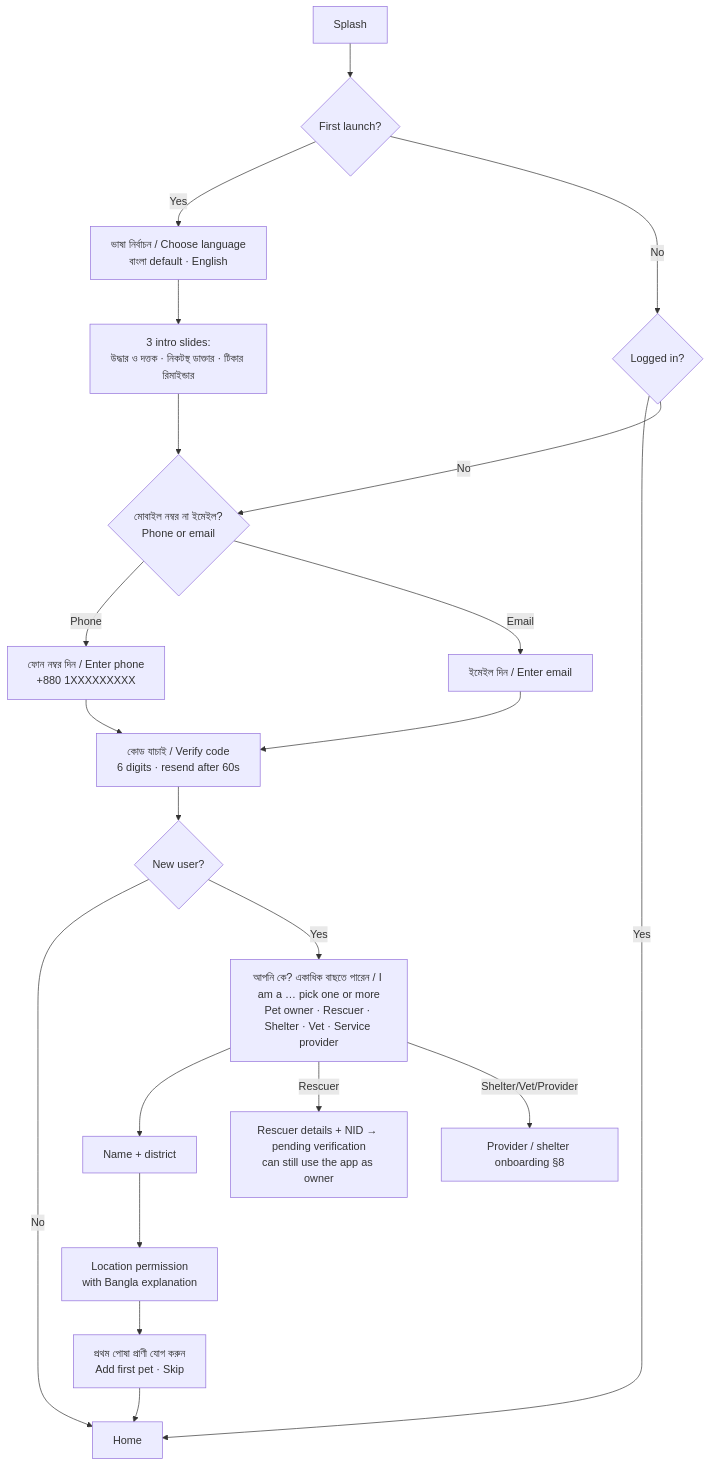
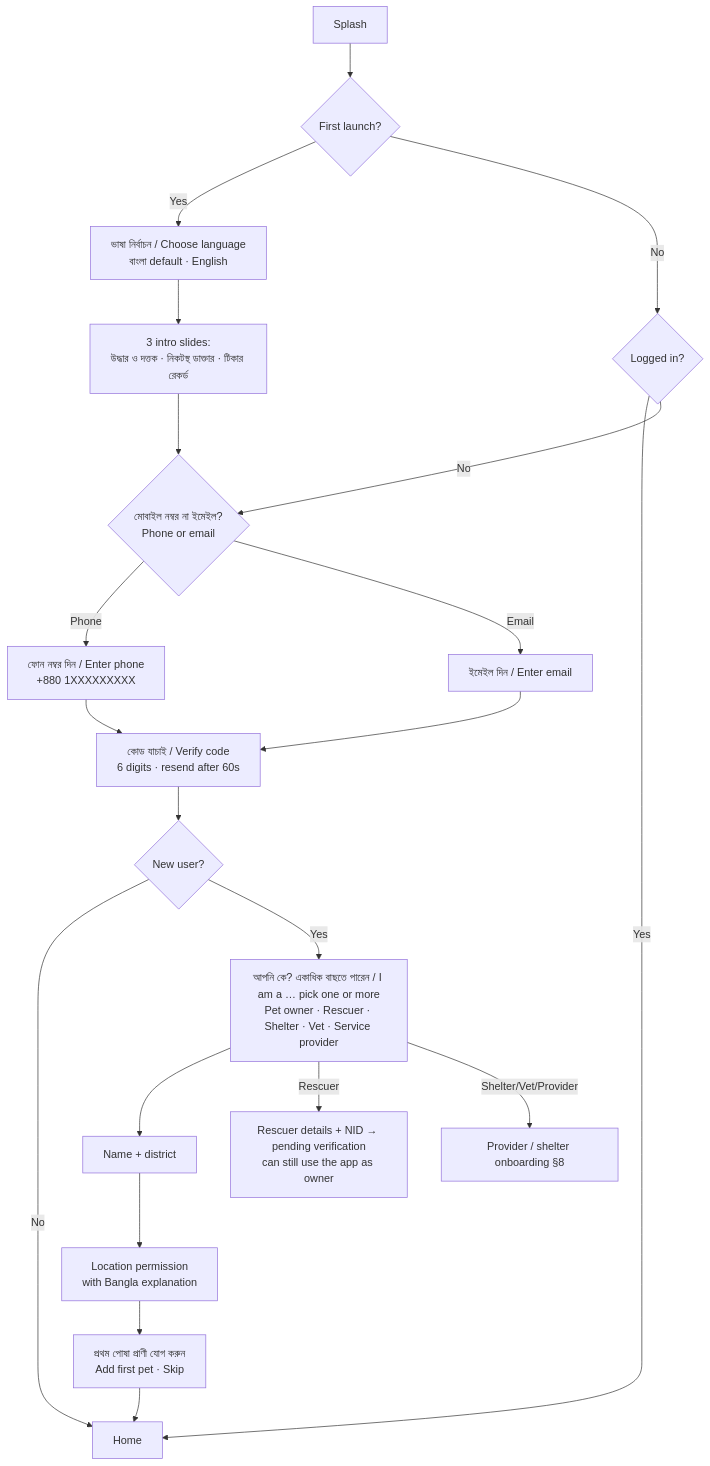
One commit to afridi2003-maverick/Pranora changed the first of 8 diagrams in docs/app-flow.md. Above: the diagram before and after it, drawn with Mermaid. The commit also changed other lines of this file and 8 other files, not shown here.

````diff
--- a/docs/app-flow.md
+++ b/docs/app-flow.md
@@ -44,22 +44,22 @@
 ```mermaid
 flowchart TD
   S[Splash] --> L{First launch?}
   L -- Yes --> LANG[ভাষা নির্বাচন / Choose language<br/>বাংলা default · English]
-  LANG -->   INTRO[3 intro slides:<br/>উদ্ধার ও দত্তক · নিকটস্থ ডাক্তার · টিকার রিমাইন্ডার]
+  LANG -->   INTRO[3 intro slides:<br/>উদ্ধার ও দত্তক · নিকটস্থ ডাক্তার · টিকার রেকর্ড]
   INTRO --> METHOD
   L -- No --> SESS{Logged in?}
   SESS -- Yes --> HOME[Home]
   SESS -- No --> METHOD{মোবাইল নম্বর না ইমেইল?<br/>Phone or email}
   METHOD -- Phone --> PHONE[ফোন নম্বর দিন / Enter phone<br/>+880 1XXXXXXXXX]
   METHOD -- Email --> EMAIL[ইমেইল দিন / Enter email]
   PHONE & EMAIL --> OTP[কোড যাচাই / Verify code<br/>6 digits · resend after 60s]
   OTP --> NEW{New user?}
   NEW -- No --> HOME
   NEW -- Yes --> ROLE[আপনি কে? একাধিক বাছতে পারেন / I am a … pick one or more<br/>Pet owner · Rescuer · Shelter · Vet · Service provider]
   ROLE --> NAME[Name + district]
   NAME --> LOC[Location permission<br/>with Bangla explanation]
   LOC --> ADDPET[প্রথম পোষা প্রাণী যোগ করুন<br/>Add first pet · Skip]
   ADDPET --> HOME
   ROLE -- Rescuer --> RV[Rescuer details + NID → pending verification<br/>can still use the app as owner]
   ROLE -- Shelter/Vet/Provider --> PROV[Provider / shelter onboarding §8]
 ```
````
